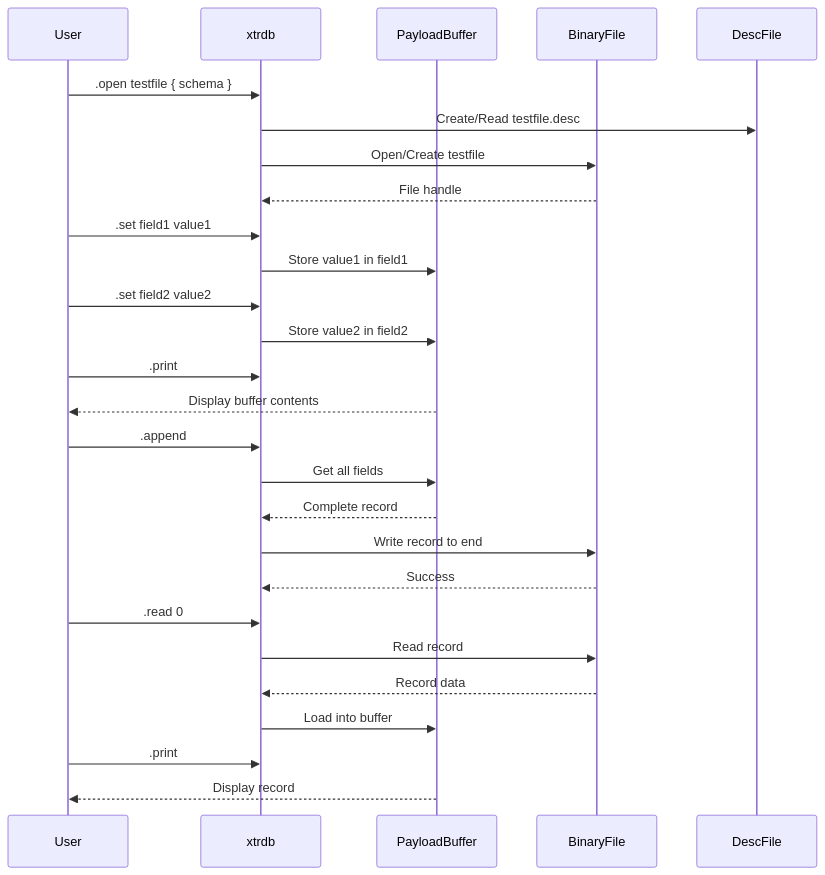
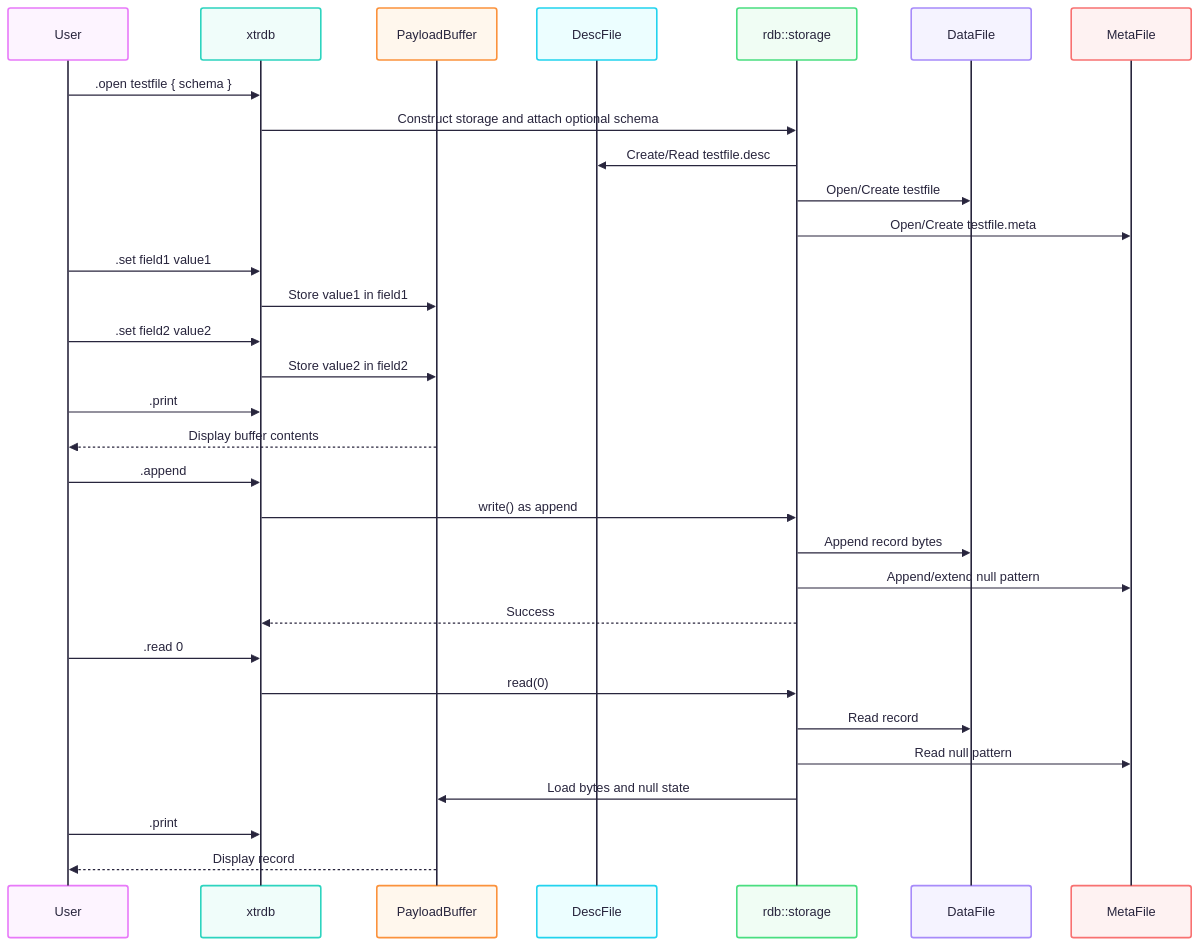
One commit to michalwidera/retractordb changed the fourth of 7 diagrams in src/rdb/README.md. Above: the diagram before and after it, drawn with Mermaid. The commit also changed other lines of this file, not shown here.

````diff
--- a/src/rdb/README.md
+++ b/src/rdb/README.md
@@ -376,36 +407,41 @@
 ```mermaid
+%%{init: {'theme': 'redux-color', "flowchart" : { "curve" : "basis" } } }%%
 sequenceDiagram
     participant User
     participant xtrdb
     participant PayloadBuffer
-    participant BinaryFile
     participant DescFile
+    participant Storage as rdb::storage
+    participant DataFile
+    participant MetaFile
     
     User->>xtrdb: .open testfile { schema }
-    xtrdb->>DescFile: Create/Read testfile.desc
-    xtrdb->>BinaryFile: Open/Create testfile
-    BinaryFile-->>xtrdb: File handle
+    xtrdb->>Storage: Construct storage and attach optional schema
+    Storage->>DescFile: Create/Read testfile.desc
+    Storage->>DataFile: Open/Create testfile
+    Storage->>MetaFile: Open/Create testfile.meta
     
     User->>xtrdb: .set field1 value1
     xtrdb->>PayloadBuffer: Store value1 in field1
     
     User->>xtrdb: .set field2 value2
     xtrdb->>PayloadBuffer: Store value2 in field2
     
     User->>xtrdb: .print
     PayloadBuffer-->>User: Display buffer contents
     
     User->>xtrdb: .append
-    xtrdb->>PayloadBuffer: Get all fields
-    PayloadBuffer-->>xtrdb: Complete record
-    xtrdb->>BinaryFile: Write record to end
-    BinaryFile-->>xtrdb: Success
+    xtrdb->>Storage: write() as append
+    Storage->>DataFile: Append record bytes
+    Storage->>MetaFile: Append/extend null pattern
+    Storage-->>xtrdb: Success
     
     User->>xtrdb: .read 0
-    xtrdb->>BinaryFile: Read record #0
-    BinaryFile-->>xtrdb: Record data
-    xtrdb->>PayloadBuffer: Load into buffer
+    xtrdb->>Storage: read(0)
+    Storage->>DataFile: Read record #0
+    Storage->>MetaFile: Read null pattern #0
+    Storage->>PayloadBuffer: Load bytes and null state
     
     User->>xtrdb: .print
     PayloadBuffer-->>User: Display record #0
 ```
````
